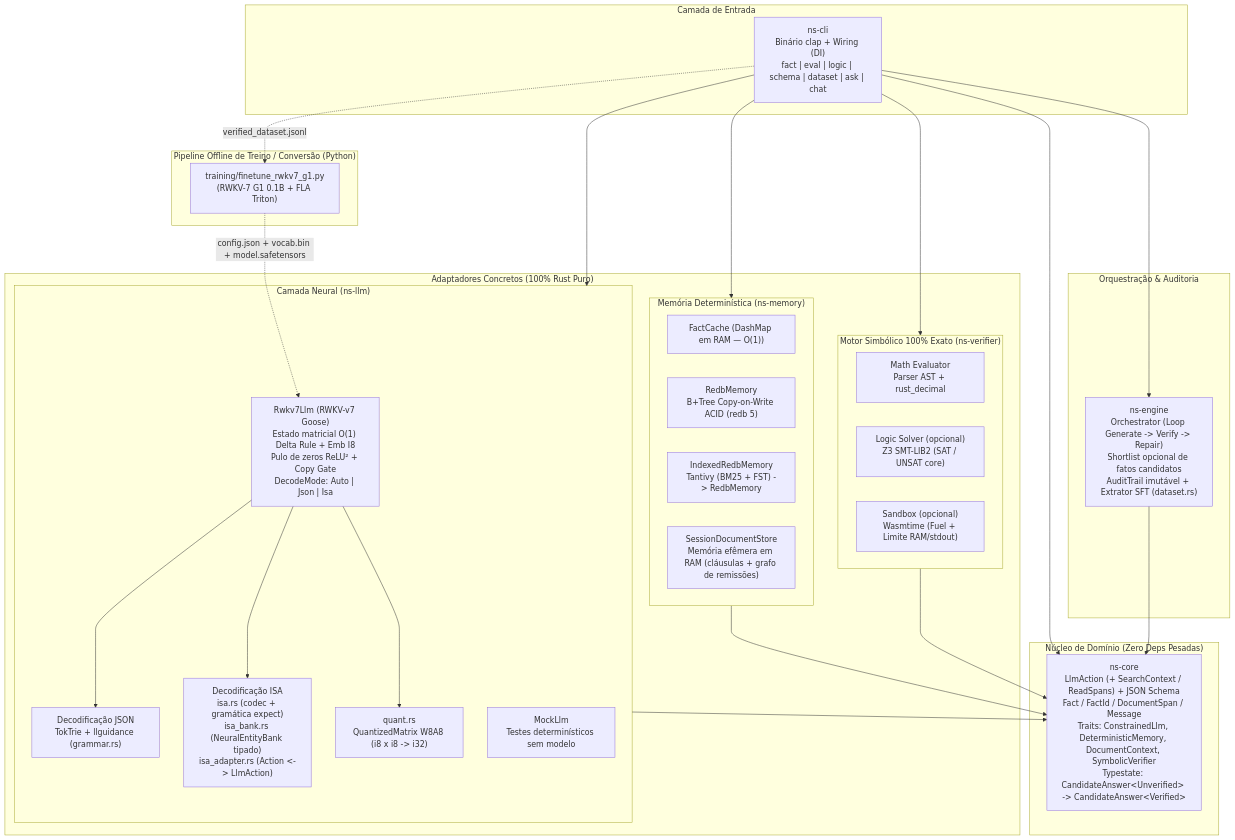
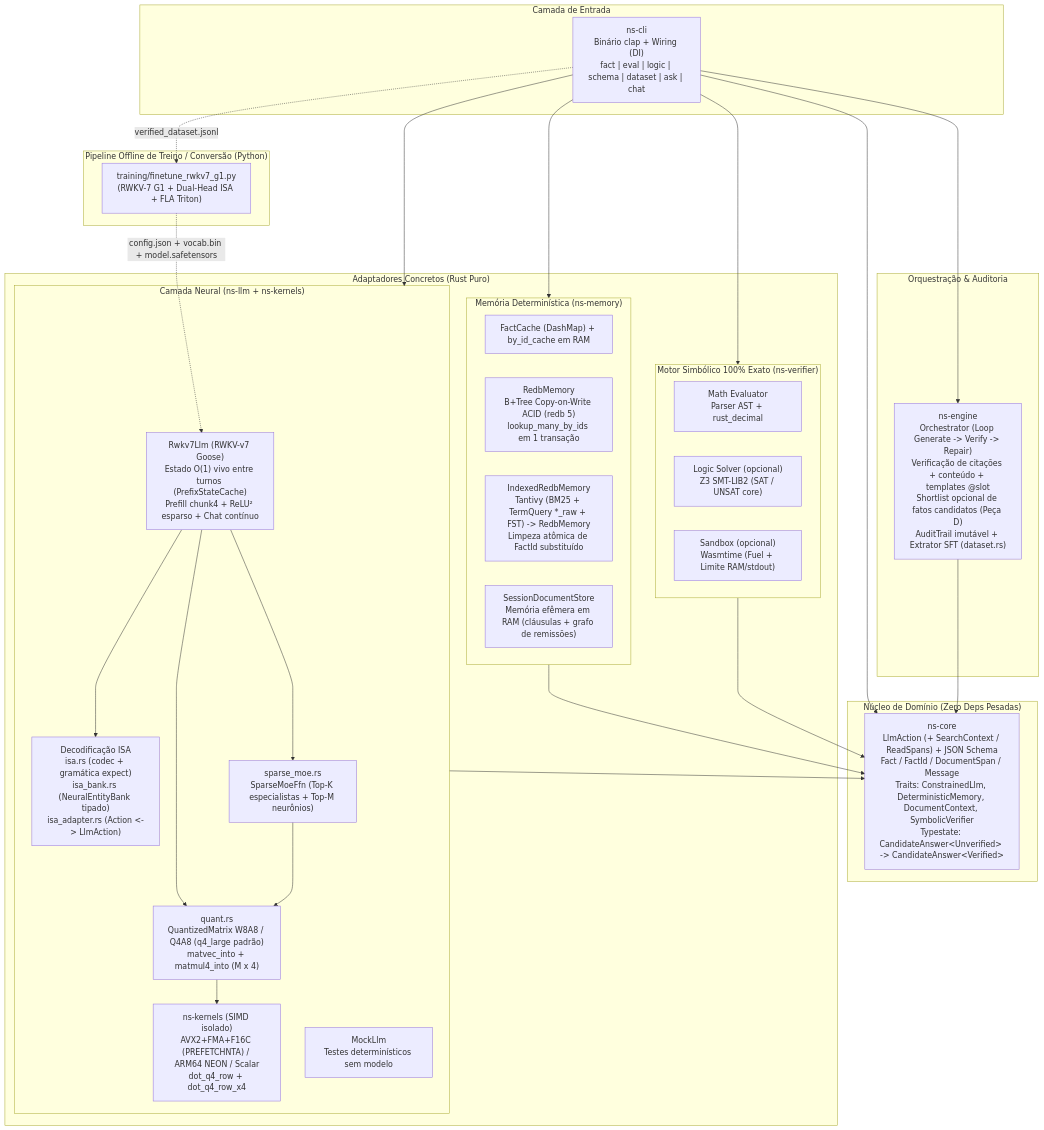
The first of 5 diagrams in README.md (GenildoNogueira/neural-sym), drawn with Mermaid before and after one commit. The commit also changed other lines of this file and 1 other file, not shown here.

````diff
--- a/README.md
+++ b/README.md
@@ -18,57 +17,60 @@
 ```mermaid
 flowchart TB
     subgraph Entry["Camada de Entrada"]
         CLI["ns-cli<br/>Binário clap + Wiring (DI)<br/>fact | eval | logic | schema | dataset | ask | chat"]
     end
 
     subgraph Core["Núcleo de Domínio (Zero Deps Pesadas)"]
         CORE["ns-core<br/>LlmAction (+ SearchContext / ReadSpans) + JSON Schema<br/>Fact / FactId / DocumentSpan / Message<br/>Traits: ConstrainedLlm, DeterministicMemory, DocumentContext, SymbolicVerifier<br/>Typestate: CandidateAnswer&lt;Unverified&gt; -&gt; CandidateAnswer&lt;Verified&gt;"]
     end
 
     subgraph Orchestration["Orquestração & Auditoria"]
-        ENGINE["ns-engine<br/>Orchestrator (Loop Generate -&gt; Verify -&gt; Repair)<br/>Shortlist opcional de fatos candidatos<br/>AuditTrail imutável + Extrator SFT (dataset.rs)"]
+        ENGINE["ns-engine<br/>Orchestrator (Loop Generate -&gt; Verify -&gt; Repair)<br/>Verificação de citações + conteúdo + templates @slot<br/>Shortlist opcional de fatos candidatos (Peça D)<br/>AuditTrail imutável + Extrator SFT (dataset.rs)"]
     end
 
-    subgraph Adapters["Adaptadores Concretos (100% Rust Puro)"]
-        subgraph Neural["Camada Neural (ns-llm)"]
-            RWKV7["Rwkv7Llm (RWKV-v7 Goose)<br/>Estado matricial O(1) Delta Rule + Emb I8<br/>Pulo de zeros ReLU² + Copy Gate<br/>DecodeMode: Auto | Json | Isa"]
-            JSONDEC["Decodificação JSON<br/>TokTrie + llguidance (grammar.rs)"]
+    subgraph Adapters["Adaptadores Concretos (Rust Puro)"]
+        subgraph Neural["Camada Neural (ns-llm + ns-kernels)"]
+            RWKV7["Rwkv7Llm (RWKV-v7 Goose)<br/>Estado O(1) vivo entre turnos (PrefixStateCache)<br/>Prefill chunk4 + ReLU² esparso + Chat contínuo"]
             ISADEC["Decodificação ISA<br/>isa.rs (codec + gramática expect)<br/>isa_bank.rs (NeuralEntityBank tipado)<br/>isa_adapter.rs (Action &lt;-&gt; LlmAction)"]
-            QUANT["quant.rs<br/>QuantizedMatrix W8A8 (i8 x i8 -&gt; i32)"]
+            MOE["sparse_moe.rs<br/>SparseMoeFfn (Top-K especialistas + Top-M neurônios)"]
+            QUANT["quant.rs<br/>QuantizedMatrix W8A8 / Q4A8 (q4_large padrão)<br/>matvec_into + matmul4_into (M x 4)"]
+            KERNELS["ns-kernels (SIMD isolado)<br/>AVX2+FMA+F16C (PREFETCHNTA) / ARM64 NEON / Scalar<br/>dot_q4_row + dot_q4_row_x4"]
             MOCK["MockLlm<br/>Testes determinísticos sem modelo"]
         end
 
         subgraph Memory["Memória Determinística (ns-memory)"]
-            CACHE["FactCache (DashMap em RAM — O(1))"]
-            REDB["RedbMemory<br/>B+Tree Copy-on-Write ACID (redb 5)"]
-            TANTIVY["IndexedRedbMemory<br/>Tantivy (BM25 + FST) -&gt; RedbMemory"]
+            CACHE["FactCache (DashMap) + by_id_cache em RAM"]
+            REDB["RedbMemory<br/>B+Tree Copy-on-Write ACID (redb 5)<br/>lookup_many_by_ids em 1 transação"]
+            TANTIVY["IndexedRedbMemory<br/>Tantivy (BM25 + TermQuery *_raw + FST) -&gt; RedbMemory<br/>Limpeza atômica de FactId substituído"]
             DOCSTORE["SessionDocumentStore<br/>Memória efêmera em RAM (cláusulas + grafo de remissões)"]
         end
 
         subgraph Symbolic["Motor Simbólico 100% Exato (ns-verifier)"]
             MATH["Math Evaluator<br/>Parser AST + rust_decimal"]
             Z3["Logic Solver (opcional)<br/>Z3 SMT-LIB2 (SAT / UNSAT core)"]
             WASM["Sandbox (opcional)<br/>Wasmtime (Fuel + Limite RAM/stdout)"]
         end
     end
 
     subgraph Training["Pipeline Offline de Treino / Conversão (Python)"]
-        PY["training/finetune_rwkv7_g1.py<br/>(RWKV-7 G1 0.1B + FLA Triton)"]
+        PY["training/finetune_rwkv7_g1.py<br/>(RWKV-7 G1 + Dual-Head ISA + FLA Triton)"]
     end
 
     CLI --> ENGINE
     CLI --> Neural
     CLI --> Memory
     CLI --> Symbolic
     CLI --> CORE
 
     ENGINE --> CORE
     Neural --> CORE
     Memory --> CORE
     Symbolic --> CORE
-    RWKV7 --> JSONDEC
     RWKV7 --> ISADEC
+    RWKV7 --> MOE
     RWKV7 --> QUANT
+    MOE --> QUANT
+    QUANT --> KERNELS
     CLI -. "verified_dataset.jsonl" .-> PY
     PY -. "config.json + vocab.bin + model.safetensors" .-> RWKV7
 ```
````
